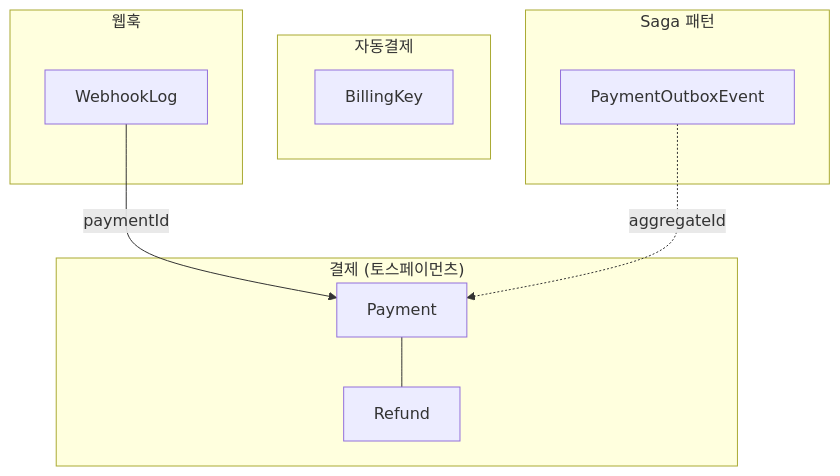
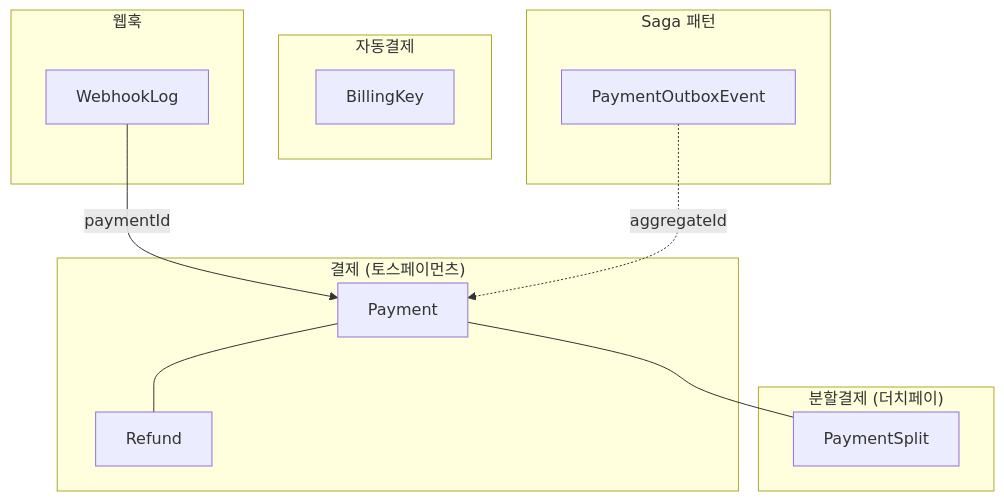
Diagram 19 of 27 in docs/architecture/DATABASE.md (uniyous/parkgolf-platform), drawn with Mermaid before and after one commit. The commit also changed other lines of this file and 6 other files, not shown here.

First line of the commit message:
docs: 아키텍처/워크플로우 문서 현행화 및 SECURITY.md 추가

````diff
--- a/docs/architecture/DATABASE.md
+++ b/docs/architecture/DATABASE.md
@@ -948,23 +1007,28 @@
 ```mermaid
 flowchart TB
     subgraph core["결제 (토스페이먼츠)"]
         P_Payment["Payment"]
         P_Refund["Refund"]
         P_Payment --- P_Refund
+    end
+
+    subgraph split["분할결제 (더치페이)"]
+        P_Split["PaymentSplit"]
+        P_Payment --- P_Split
     end
 
     subgraph billing["자동결제"]
         P_BillingKey["BillingKey"]
     end
 
     subgraph webhook["웹훅"]
         P_WebhookLog["WebhookLog"]
     end
 
     subgraph saga["Saga 패턴"]
         P_Outbox["PaymentOutboxEvent"]
     end
 
     P_WebhookLog -->|paymentId| P_Payment
     P_Outbox -.->|aggregateId| P_Payment
 ```
````
